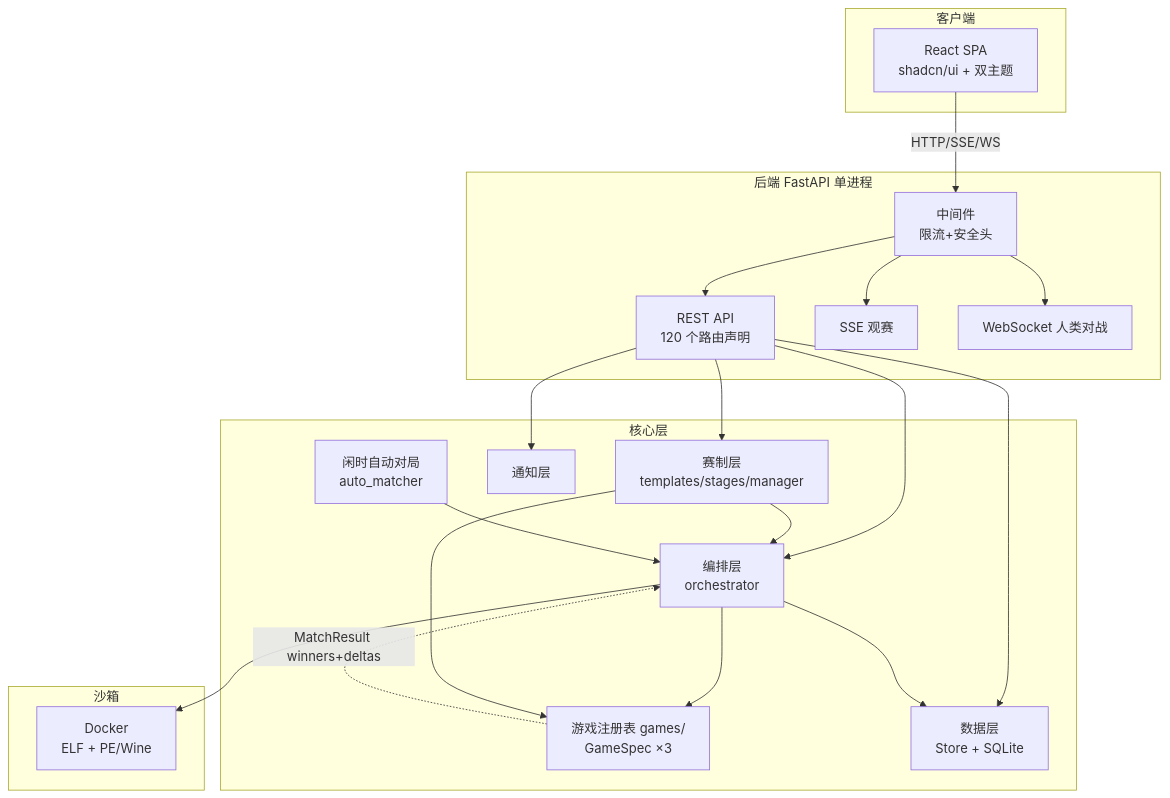
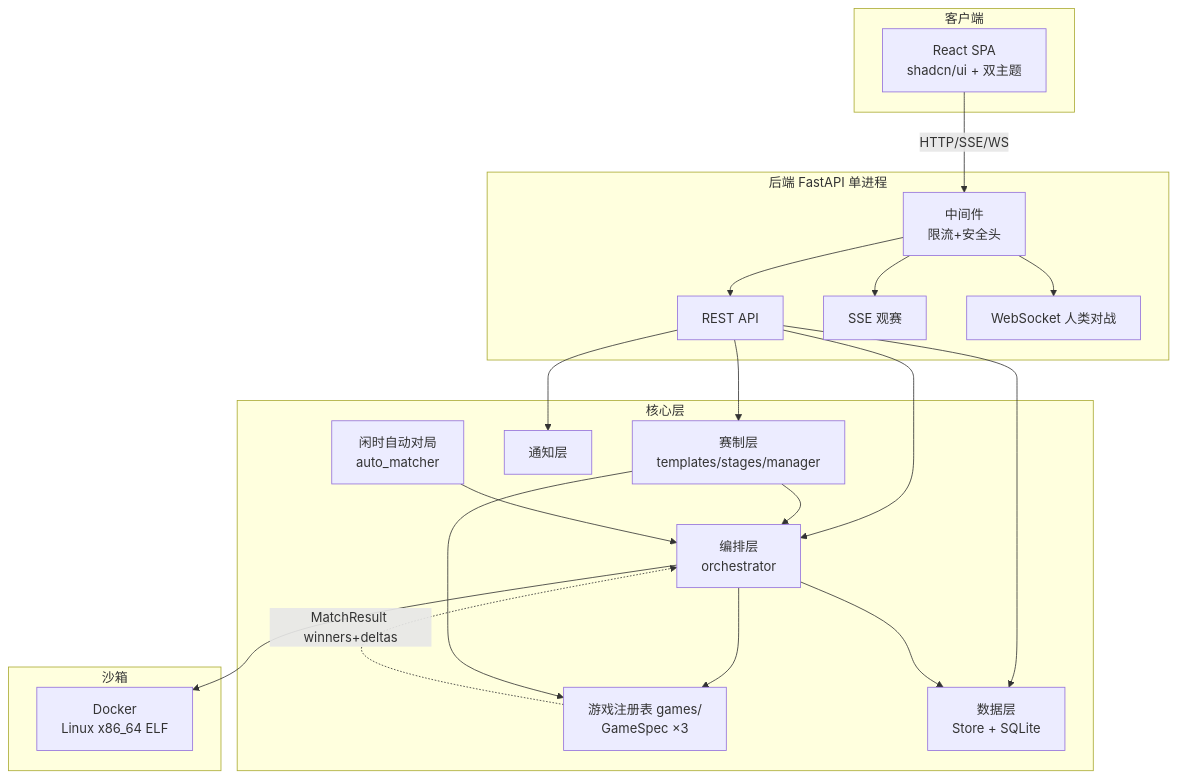
Before and after one commit to zhouzixiang1/botbattle: the first of 2 diagrams in doc/DESIGN.md, drawn with Mermaid. The commit also changed other lines of this file and 45 other files, not shown here.

````diff
--- a/doc/DESIGN.md
+++ b/doc/DESIGN.md
@@ -11,33 +11,33 @@
 ```mermaid
 graph TB
     subgraph 客户端
         FE[React SPA<br/>shadcn/ui + 双主题]
     end
     subgraph 后端 FastAPI 单进程
-        API[REST API<br/>120 个路由声明]
+        API[REST API]
         SSE[SSE 观赛]
         WS[WebSocket 人类对战]
         MW[中间件<br/>限流+安全头]
     end
     subgraph 核心层
         ORCH[编排层<br/>orchestrator]
         GAMES[游戏注册表 games/<br/>GameSpec ×3]
         CONTEST[赛制层<br/>templates/stages/manager]
         STORE[数据层<br/>Store + SQLite]
         NOTIFY[通知层]
         AUTO[闲时自动对局<br/>auto_matcher]
     end
     subgraph 沙箱
-        DOCKER[Docker<br/>ELF + PE/Wine]
+        DOCKER[Docker<br/>Linux x86_64 ELF]
     end
     FE -->|HTTP/SSE/WS| MW
     MW --> API & SSE & WS
     API --> ORCH & CONTEST & STORE & NOTIFY
     ORCH --> GAMES
     ORCH --> DOCKER
     ORCH --> STORE
     CONTEST --> ORCH
     CONTEST --> GAMES
     AUTO --> ORCH
     GAMES -.->|MatchResult winners+deltas| ORCH
 ```
````
